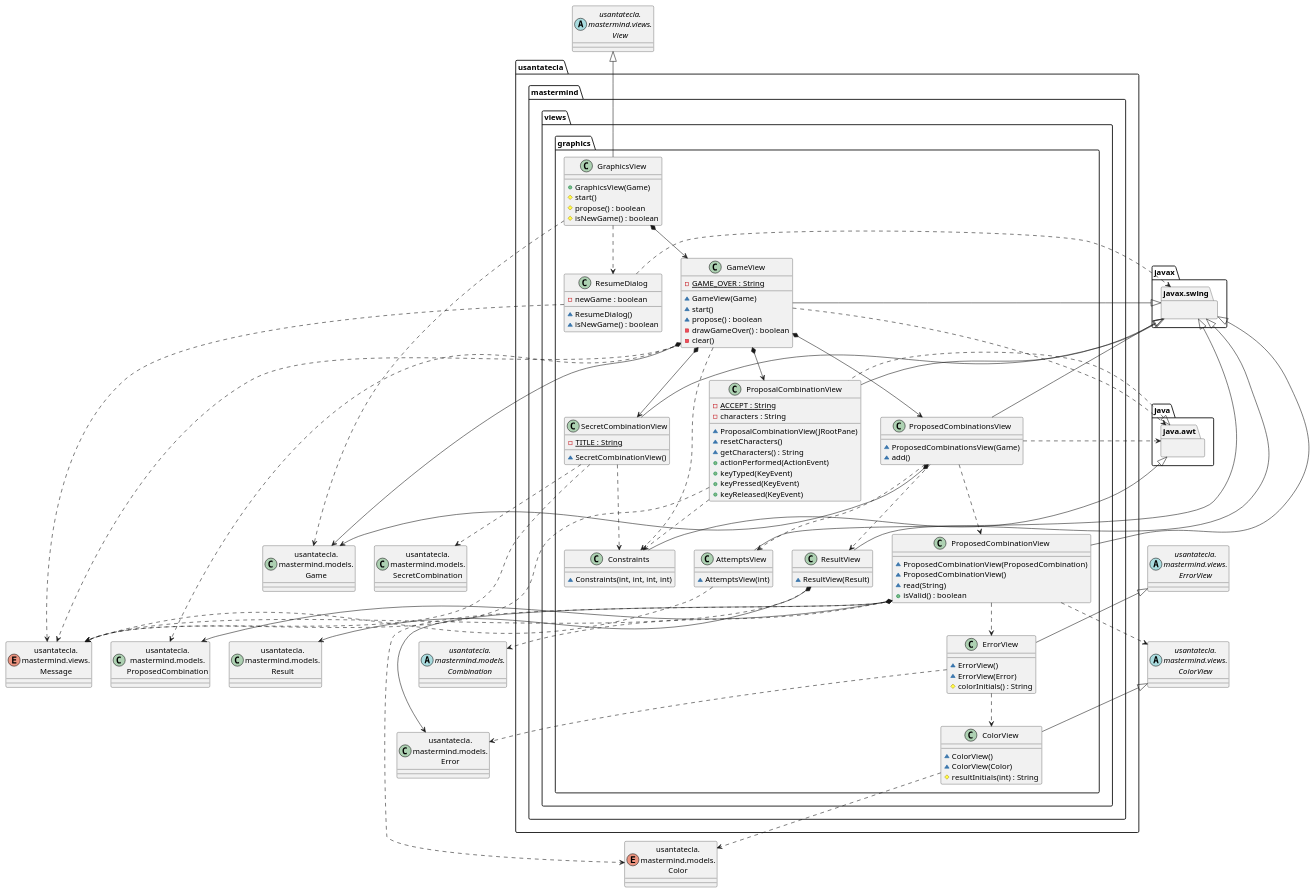
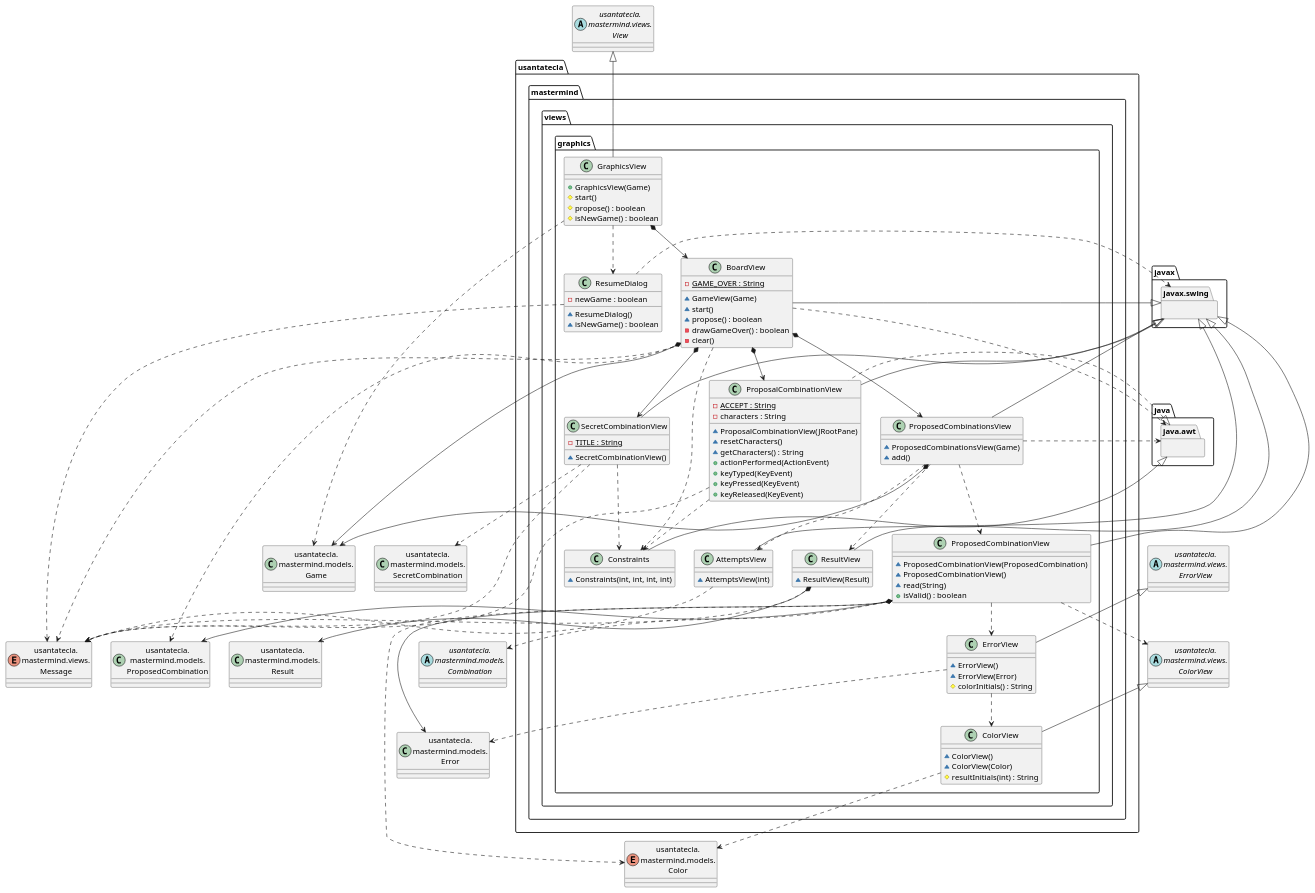
The fourth of 7 diagrams in documentView/withFactoryMethod/docs/diagrams/src/paquetes.plantuml (SantaTecla-mastermind/solution.java.swing.socket.sql), drawn with PlantUML before and after one commit. The commit also changed 17 other files, not shown here.

Commit message:
[dv.withoutFactoryMethod] Graphics almost done

```diff
--- a/documentView/withFactoryMethod/docs/diagrams/src/paquetes.plantuml
+++ b/documentView/withFactoryMethod/docs/diagrams/src/paquetes.plantuml
@@ -214,138 +214,138 @@
 @startuml usantatecla.mastermind.views.graphics
 class Game as "usantatecla.\nmastermind.models.\nGame"
 class Error as "usantatecla.\nmastermind.models.\nError"
 class Result as "usantatecla.\nmastermind.models.\nResult"
 enum Color as "usantatecla.\nmastermind.models.\nColor"
 abstract class Combination as "usantatecla.\nmastermind.models.\nCombination"
 class ProposedCombination as "usantatecla.\nmastermind.models.\nProposedCombination"
 class SecretCombination as "usantatecla.\nmastermind.models.\nSecretCombination"
 abstract class View as "usantatecla.\nmastermind.views.\nView"
 abstract class ColorView as "usantatecla.\nmastermind.views.\nColorView"
 abstract class ErrorView as "usantatecla.\nmastermind.views.\nErrorView"
 enum Message as "usantatecla.\nmastermind.views.\nMessage"
 
 package javax.swing {}
 package java.awt {}
 
 class usantatecla.mastermind.views.graphics.GraphicsView {
     + GraphicsView(Game)
     # start()
     # propose() : boolean
     # isNewGame() : boolean
 }
 usantatecla.mastermind.views.graphics.GraphicsView -up-|> View
-usantatecla.mastermind.views.graphics.GraphicsView *-down-> usantatecla.mastermind.views.graphics.GameView
+usantatecla.mastermind.views.graphics.GraphicsView *-down-> usantatecla.mastermind.views.graphics.BoardView
 usantatecla.mastermind.views.graphics.GraphicsView ..> Game
 usantatecla.mastermind.views.graphics.GraphicsView ..> usantatecla.mastermind.views.graphics.ResumeDialog
 
-class usantatecla.mastermind.views.graphics.GameView {
+class usantatecla.mastermind.views.graphics.BoardView {
     - {static} GAME_OVER : String
     ~ GameView(Game)
     ~ start()
     ~ propose() : boolean
     - drawGameOver() : boolean
     - clear()
 }
-usantatecla.mastermind.views.graphics.GameView -up-|> javax.swing
-usantatecla.mastermind.views.graphics.GameView *-down-> Game
-usantatecla.mastermind.views.graphics.GameView *-down-> usantatecla.mastermind.views.graphics.SecretCombinationView
-usantatecla.mastermind.views.graphics.GameView *-down-> usantatecla.mastermind.views.graphics.ProposedCombinationsView
-usantatecla.mastermind.views.graphics.GameView *-down-> usantatecla.mastermind.views.graphics.ProposalCombinationView
-usantatecla.mastermind.views.graphics.GameView ..> java.awt
-usantatecla.mastermind.views.graphics.GameView ..> Message
-usantatecla.mastermind.views.graphics.GameView ..> usantatecla.mastermind.views.graphics.Constraints
-usantatecla.mastermind.views.graphics.GameView ..> ProposedCombination
+usantatecla.mastermind.views.graphics.BoardView -up-|> javax.swing
+usantatecla.mastermind.views.graphics.BoardView *-down-> Game
+usantatecla.mastermind.views.graphics.BoardView *-down-> usantatecla.mastermind.views.graphics.SecretCombinationView
+usantatecla.mastermind.views.graphics.BoardView *-down-> usantatecla.mastermind.views.graphics.ProposedCombinationsView
+usantatecla.mastermind.views.graphics.BoardView *-down-> usantatecla.mastermind.views.graphics.ProposalCombinationView
+usantatecla.mastermind.views.graphics.BoardView ..> java.awt
+usantatecla.mastermind.views.graphics.BoardView ..> Message
+usantatecla.mastermind.views.graphics.BoardView ..> usantatecla.mastermind.views.graphics.Constraints
+usantatecla.mastermind.views.graphics.BoardView ..> ProposedCombination
 
 class usantatecla.mastermind.views.graphics.ProposalCombinationView {
     - {static} ACCEPT : String
     - characters : String
     ~ ProposalCombinationView(JRootPane)
     ~ resetCharacters()
     ~ getCharacters() : String
     + actionPerformed(ActionEvent)
     + keyTyped(KeyEvent)
     + keyPressed(KeyEvent)
     + keyReleased(KeyEvent)
 }
 usantatecla.mastermind.views.graphics.ProposalCombinationView -up-|> javax.swing
 usantatecla.mastermind.views.graphics.ProposalCombinationView .up.|> java.awt
 usantatecla.mastermind.views.graphics.ProposalCombinationView ..> Message
 usantatecla.mastermind.views.graphics.ProposalCombinationView ..> usantatecla.mastermind.views.graphics.Constraints
 
 class usantatecla.mastermind.views.graphics.ProposedCombinationsView {
     ~ ProposedCombinationsView(Game)
     ~ add()
 }
 usantatecla.mastermind.views.graphics.ProposedCombinationsView -up-|> javax.swing
 usantatecla.mastermind.views.graphics.ProposedCombinationsView *-down-> Game
 usantatecla.mastermind.views.graphics.ProposedCombinationsView ..> usantatecla.mastermind.views.graphics.AttemptsView
 usantatecla.mastermind.views.graphics.ProposedCombinationsView ..> usantatecla.mastermind.views.graphics.ProposedCombinationView
 usantatecla.mastermind.views.graphics.ProposedCombinationsView ..> usantatecla.mastermind.views.graphics.ResultView
 usantatecla.mastermind.views.graphics.ProposedCombinationsView ..> java.awt
 
 class usantatecla.mastermind.views.graphics.SecretCombinationView {
     - {static} TITLE : String
     ~ SecretCombinationView()
 }
 usantatecla.mastermind.views.graphics.SecretCombinationView -up-|> javax.swing
 usantatecla.mastermind.views.graphics.SecretCombinationView ..> Message
 usantatecla.mastermind.views.graphics.SecretCombinationView ..> SecretCombination
 usantatecla.mastermind.views.graphics.SecretCombinationView ..> usantatecla.mastermind.views.graphics.Constraints
 
 class usantatecla.mastermind.views.graphics.ProposedCombinationView {
     ~ ProposedCombinationView(ProposedCombination)
     ~ ProposedCombinationView()
     ~ read(String)
     + isValid() : boolean
 }
 usantatecla.mastermind.views.graphics.ProposedCombinationView -up-|> javax.swing
 usantatecla.mastermind.views.graphics.ProposedCombinationView *-down-> ProposedCombination
 usantatecla.mastermind.views.graphics.ProposedCombinationView *-down-> Error
 usantatecla.mastermind.views.graphics.ProposedCombinationView ..> Color
 usantatecla.mastermind.views.graphics.ProposedCombinationView ..> Combination
 usantatecla.mastermind.views.graphics.ProposedCombinationView ..> ColorView
 usantatecla.mastermind.views.graphics.ProposedCombinationView ..> usantatecla.mastermind.views.graphics.ErrorView
 
 class usantatecla.mastermind.views.graphics.AttemptsView {
     ~ AttemptsView(int)
 }
 usantatecla.mastermind.views.graphics.AttemptsView -up-|> javax.swing
 usantatecla.mastermind.views.graphics.AttemptsView ..> Message
 
 class usantatecla.mastermind.views.graphics.ColorView {
     ~ ColorView()
     ~ ColorView(Color)
     # resultInitials(int) : String
 }
 usantatecla.mastermind.views.graphics.ColorView -up-|> ColorView
 usantatecla.mastermind.views.graphics.ColorView ..> Color
 
 class usantatecla.mastermind.views.graphics.Constraints {
     ~ Constraints(int, int, int, int)
 }
 usantatecla.mastermind.views.graphics.Constraints -up-|> java.awt
 
 class usantatecla.mastermind.views.graphics.ErrorView {
     ~ ErrorView()
     ~ ErrorView(Error)
     # colorInitials() : String
 }
 usantatecla.mastermind.views.graphics.ErrorView -up-|> ErrorView
 usantatecla.mastermind.views.graphics.ErrorView ..> usantatecla.mastermind.views.graphics.ColorView
 usantatecla.mastermind.views.graphics.ErrorView ..> Error
 
 class usantatecla.mastermind.views.graphics.ResultView {
     ~ ResultView(Result)
 }
 usantatecla.mastermind.views.graphics.ResultView -up-|> javax.swing
 usantatecla.mastermind.views.graphics.ResultView *-down-> Result
 usantatecla.mastermind.views.graphics.ResultView ..> Message
 
 class usantatecla.mastermind.views.graphics.ResumeDialog {
     - newGame : boolean
     ~ ResumeDialog()
     ~ isNewGame() : boolean
 }
 usantatecla.mastermind.views.graphics.ResumeDialog -down..> javax.swing
 usantatecla.mastermind.views.graphics.ResumeDialog ..> Message
 @enduml
```
